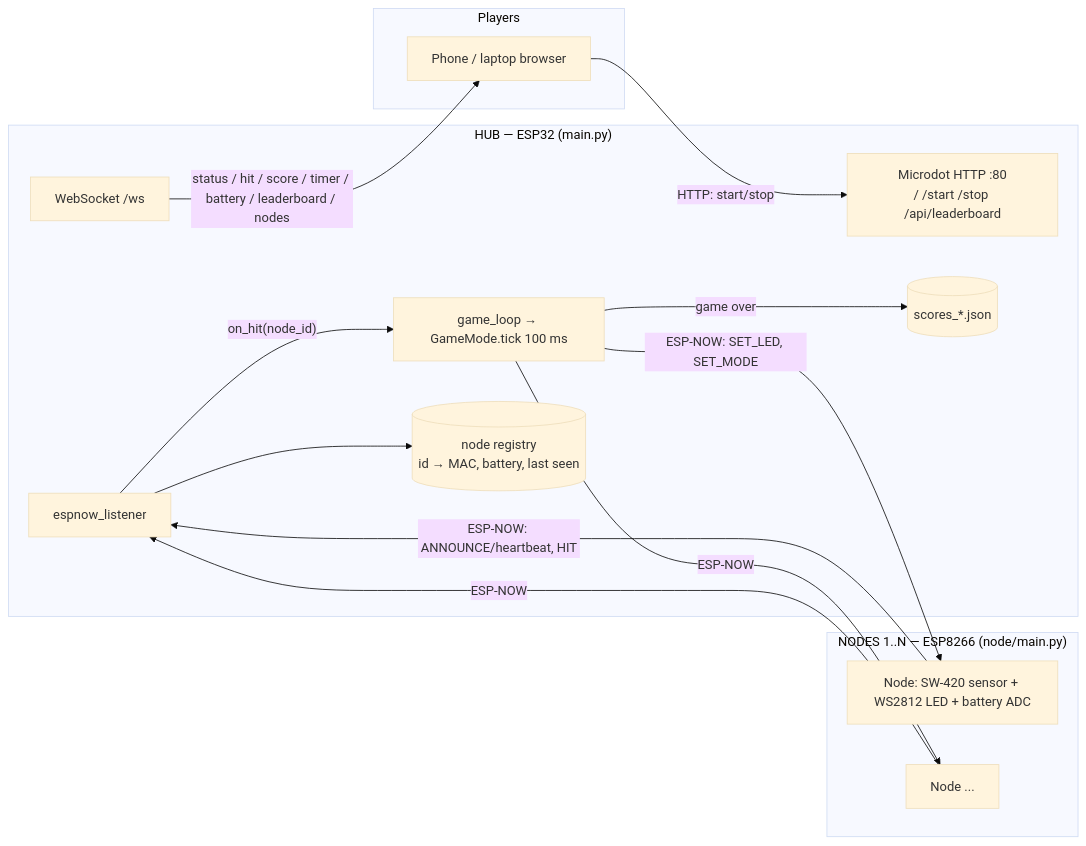
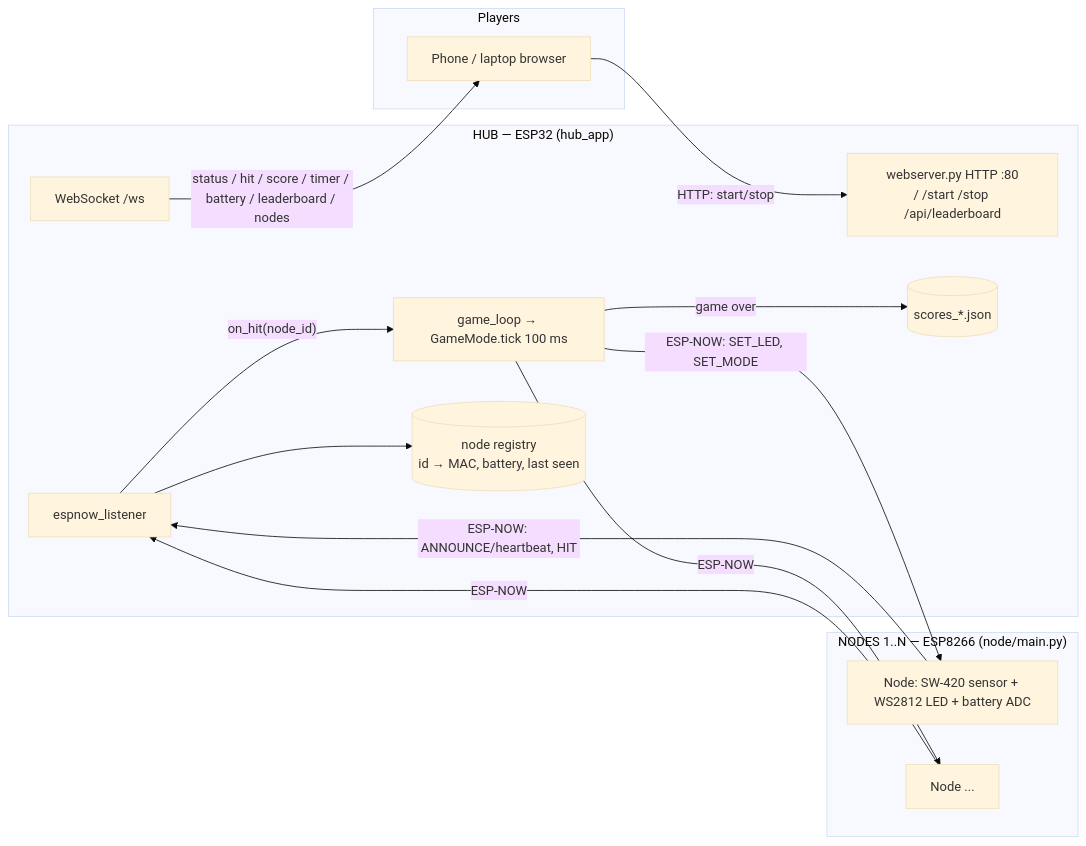
One commit to Grahev/esp32_targets changed the first of 2 diagrams in ARCHITECTURE.md. Above: the diagram before and after it, drawn with Mermaid (base theme). The commit also changed other lines of this file and 22 other files, not shown here.

````diff
--- a/ARCHITECTURE.md
+++ b/ARCHITECTURE.md
@@ -5,28 +5,28 @@
 ```mermaid
 flowchart LR
     subgraph Players
         B1[Phone / laptop browser]
     end
-    subgraph HUB["HUB — ESP32 (main.py)"]
-        WEB[Microdot HTTP :80<br>/ /start /stop /api/leaderboard]
+    subgraph HUB["HUB — ESP32 (hub_app)"]
+        WEB[webserver.py HTTP :80<br>/ /start /stop /api/leaderboard]
         WS[WebSocket /ws]
         L[espnow_listener]
         G[game_loop → GameMode.tick 100 ms]
         R[(node registry<br>id → MAC, battery, last seen)]
         F[(scores_*.json)]
     end
     subgraph NODES["NODES 1..N — ESP8266 (node/main.py)"]
         N1[Node: SW-420 sensor + WS2812 LED + battery ADC]
         N2[Node ...]
     end
 
     B1 -- "HTTP: start/stop" --> WEB
     WS -- "status / hit / score / timer / battery / leaderboard / nodes" --> B1
     N1 -- "ESP-NOW: ANNOUNCE/heartbeat, HIT" --> L
     N2 -- "ESP-NOW" --> L
     L --> R
     L -- "on_hit(node_id)" --> G
     G -- "ESP-NOW: SET_LED, SET_MODE" --> N1
     G -- "ESP-NOW" --> N2
     G -- "game over" --> F
 ```
````
